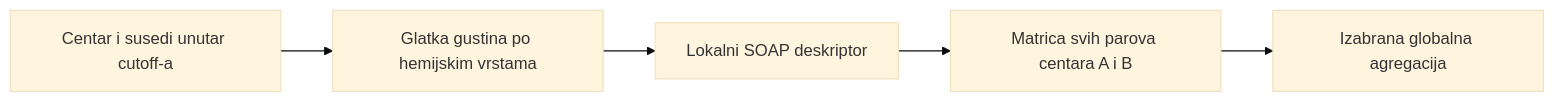
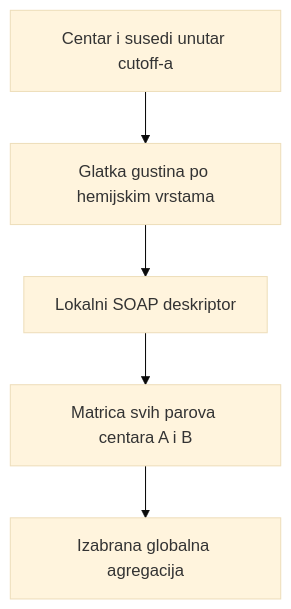
One commit to nemper/crystallography-and-ml-theory changed the first of 2 diagrams in ml-ai-strategy/docs/02-classical-ml.md. Above: the diagram before and after it, drawn with Mermaid (base theme). The commit also changed other lines of this file and 33 other files, not shown here.

````diff
--- a/ml-ai-strategy/docs/02-classical-ml.md
+++ b/ml-ai-strategy/docs/02-classical-ml.md
@@ -347,7 +349,7 @@
 ```mermaid
-flowchart LR
+flowchart TD
   A["Centar i susedi unutar cutoff-a"] --> B["Glatka gustina po hemijskim vrstama"]
   B --> C["Lokalni SOAP deskriptor"]
   C --> D["Matrica svih parova centara A i B"]
   D --> E["Izabrana globalna agregacija"]
 ```
````
